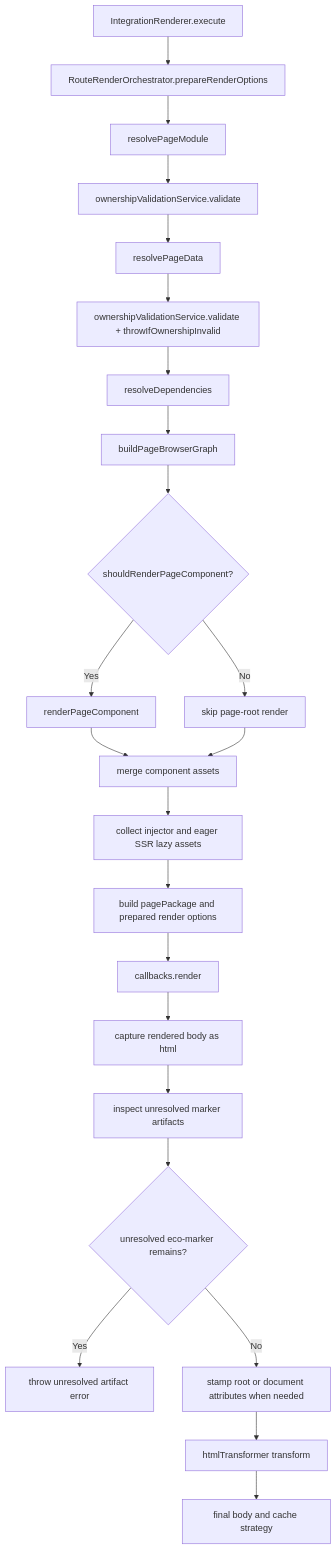
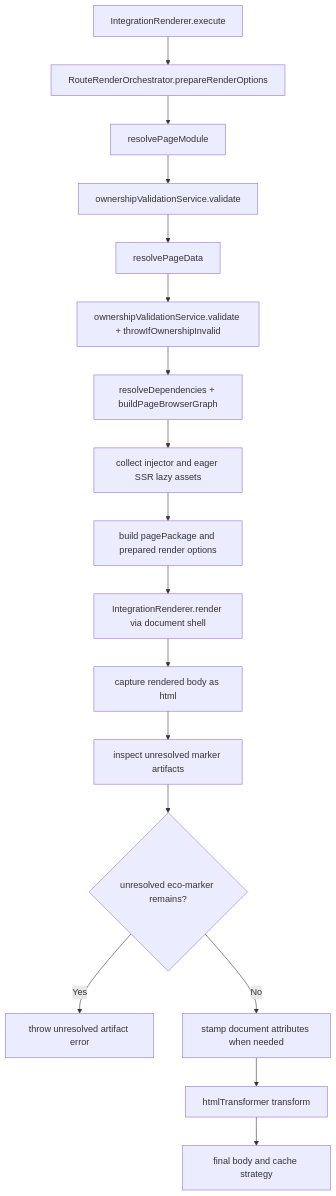
Before and after one commit to ecopages/ecopages: the second of 5 diagrams in packages/core/src/route-renderer/GRAPH.md, drawn with Mermaid. The commit also changed other lines of this file and 14 other files, not shown here.

Commit message:
refactor(route-renderer): render pages only in document shell

````diff
--- a/packages/core/src/route-renderer/GRAPH.md
+++ b/packages/core/src/route-renderer/GRAPH.md
@@ -38,25 +38,19 @@
 ```mermaid
 flowchart TD
   A[IntegrationRenderer.execute] --> B[RouteRenderOrchestrator.prepareRenderOptions]
   B --> C[resolvePageModule]
   C --> D[ownershipValidationService.validate]
   D --> E[resolvePageData]
   E --> F[ownershipValidationService.validate + throwIfOwnershipInvalid]
-  F --> G[resolveDependencies]
-  G --> H[buildPageBrowserGraph]
-  H --> I{shouldRenderPageComponent?}
-  I -- Yes --> J[renderPageComponent]
-  I -- No --> K[skip page-root render]
-  J --> L[merge component assets]
-  K --> L
-  L --> M[collect injector and eager SSR lazy assets]
-  M --> N[build pagePackage and prepared render options]
-  N --> O[callbacks.render]
-  O --> P[capture rendered body as html]
-  P --> Q[inspect unresolved marker artifacts]
-  Q --> R{unresolved eco-marker remains?}
-  R -- Yes --> S[throw unresolved artifact error]
-  R -- No --> T[stamp root or document attributes when needed]
-  T --> U[htmlTransformer transform]
-  U --> V[final body and cache strategy]
+  F --> G[resolveDependencies + buildPageBrowserGraph]
+  G --> H[collect injector and eager SSR lazy assets]
+  H --> I[build pagePackage and prepared render options]
+  I --> J[IntegrationRenderer.render via document shell]
+  J --> K[capture rendered body as html]
+  K --> L[inspect unresolved marker artifacts]
+  L --> M{unresolved eco-marker remains?}
+  M -- Yes --> N[throw unresolved artifact error]
+  M -- No --> O[stamp document attributes when needed]
+  O --> P[htmlTransformer transform]
+  P --> Q[final body and cache strategy]
 ```
````
